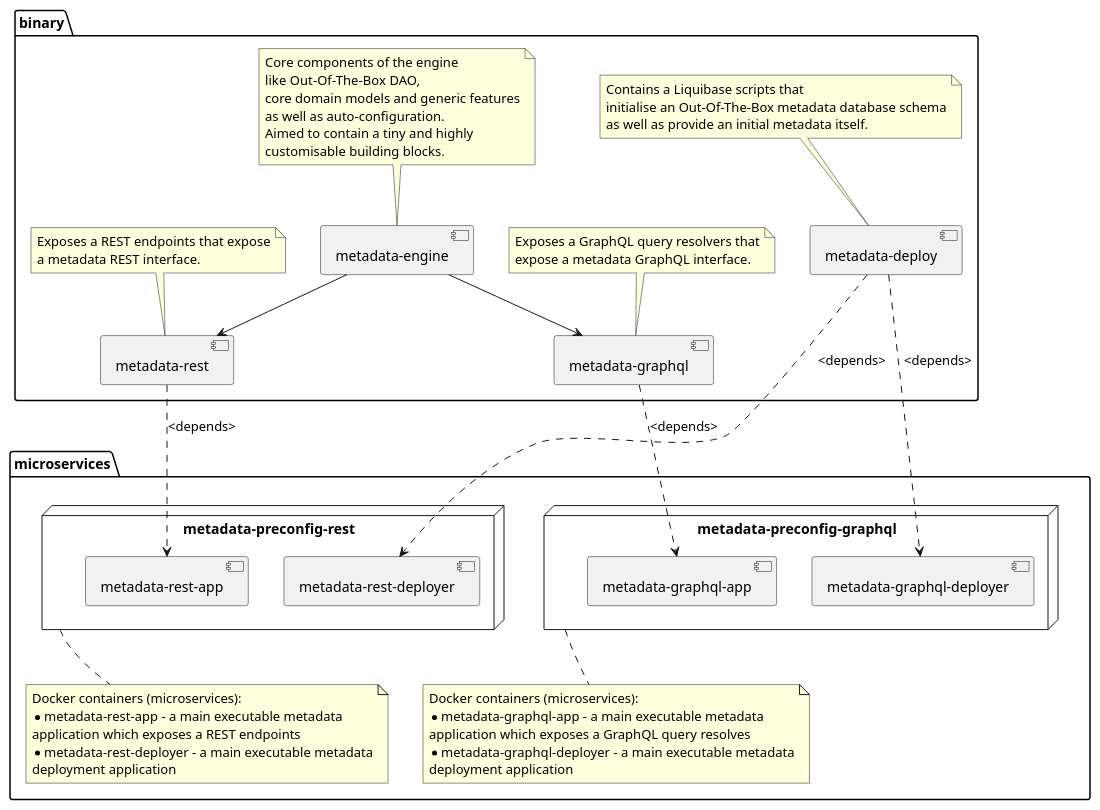
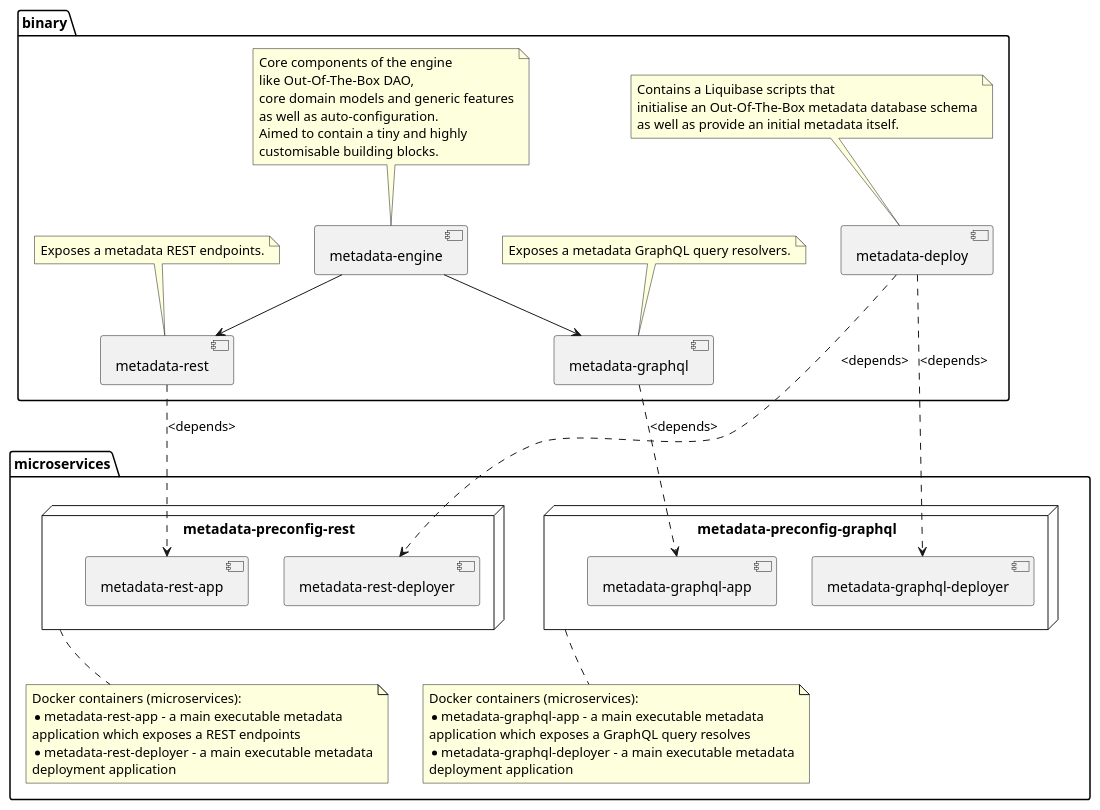
One commit to thy3368/metadata changed the diagram in docs/high_level.puml. Above: the diagram before and after it, drawn with PlantUML. The commit also changed 1 other file, not shown here.

```diff
--- a/docs/high_level.puml
+++ b/docs/high_level.puml
@@ -1,69 +1,67 @@
 @startuml
 
 top to bottom direction
 
 package binary {
   [metadata-deploy] as md
   note top of md
     Contains a Liquibase scripts that
     initialise an Out-Of-The-Box metadata database schema
     as well as provide an initial metadata itself.
   end note
   [metadata-engine] as me
   note top of me
     Core components of the engine
     like Out-Of-The-Box DAO,
     core domain models and generic features
     as well as auto-configuration.
     Aimed to contain a tiny and highly
     customisable building blocks.
   end note
   [metadata-rest] as mr
   note top of mr
-    Exposes a REST endpoints that expose
-    a metadata REST interface.
+    Exposes a metadata REST endpoints.
   end note
   [metadata-graphql] as mg
   note top of mg
-    Exposes a GraphQL query resolvers that
-    expose a metadata GraphQL interface.
+    Exposes a metadata GraphQL query resolvers.
   end note
   me -down-> mr
   me -down-> mg
 }
 
 package microservices {
   node metadata-preconfig-rest as restnode {
     [metadata-rest-app] as mpr
     [metadata-rest-deployer] as mprd
 
     mr .down.> mpr: <depends>
     md .down.> mprd: <depends>
   }
 
   note bottom of restnode
     Docker containers (microservices):
     * metadata-rest-app - a main executable metadata
     application which exposes a REST endpoints
     * metadata-rest-deployer - a main executable metadata
     deployment application
   end note
 
   node metadata-preconfig-graphql as graphqlnode {
     [metadata-graphql-app] as mpg
     [metadata-graphql-deployer] as mpgd
 
     mg .down.> mpg: <depends>
     md .down.> mpgd: <depends>
   }
 
   note bottom of graphqlnode
     Docker containers (microservices):
     * metadata-graphql-app - a main executable metadata
     application which exposes a GraphQL query resolves
     * metadata-graphql-deployer - a main executable metadata
     deployment application
   end note
 }
 
 @enduml
```
